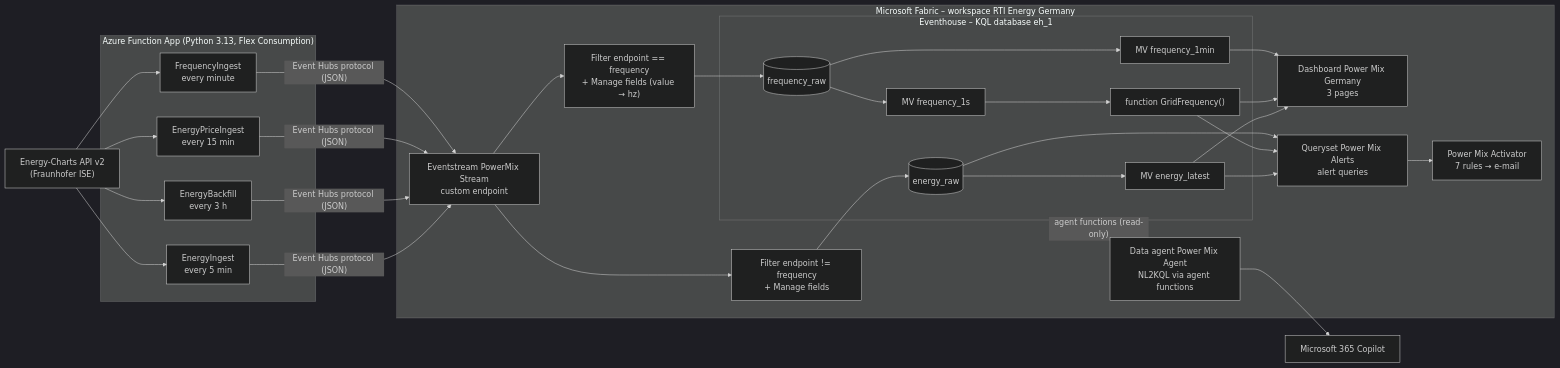
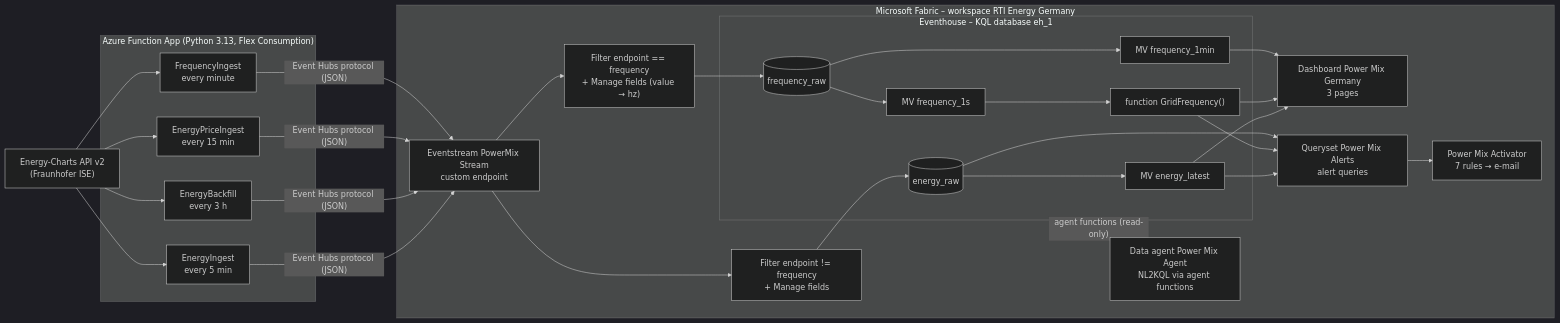
Before and after one commit to renefuerstenberg/microsoft-fabric: the diagram in real-time-intelligence-project-energy/Readme.md, drawn with Mermaid (dark theme). The commit also changed other lines of this file, not shown here.

````diff
--- a/real-time-intelligence-project-energy/Readme.md
+++ b/real-time-intelligence-project-energy/Readme.md
@@ -68,39 +73,38 @@
 ```mermaid
 flowchart LR
     API["Energy-Charts API v2<br/>(Fraunhofer ISE)"]
 
     subgraph Azure["Azure Function App (Python 3.13, Flex Consumption)"]
         F1["EnergyIngest<br/>every 5 min"]
         F2["EnergyBackfill<br/>every 3 h"]
         F3["EnergyPriceIngest<br/>every 15 min"]
         F4["FrequencyIngest<br/>every minute"]
     end
 
     subgraph Fabric["Microsoft Fabric – workspace RTI Energy Germany"]
         ES["Eventstream PowerMix Stream<br/>custom endpoint"]
         FA["Filter endpoint != frequency<br/>+ Manage fields"]
         FB["Filter endpoint == frequency<br/>+ Manage fields (value → hz)"]
         subgraph EH["Eventhouse – KQL database eh_1"]
             T1[("energy_raw")]
             T2[("frequency_raw")]
             MV1["MV energy_latest"]
             MV2["MV frequency_1s"]
             MV3["MV frequency_1min"]
             FN["function GridFrequency()"]
         end
         DB["Dashboard Power Mix Germany<br/>3 pages"]
         QS["Queryset Power Mix Alerts<br/>alert queries"]
         ACT["Power Mix Activator<br/>7 rules → e-mail"]
         AG["Data agent Power Mix Agent<br/>NL2KQL via agent functions"]
     end
-    COP["Microsoft 365 Copilot"]
 
     API --> F1 & F2 & F3 & F4
     F1 & F2 & F3 & F4 -- "Event Hubs protocol (JSON)" --> ES
     ES --> FA --> T1 --> MV1
     ES --> FB --> T2 --> MV2 --> FN
     T2 --> MV3
     MV1 & FN & MV3 --> DB
     MV1 & FN & T1 --> QS --> ACT
-    EH -- "agent functions (read-only)" --> AG --> COP
+    EH -- "agent functions (read-only)" --> AG
 ```
````
